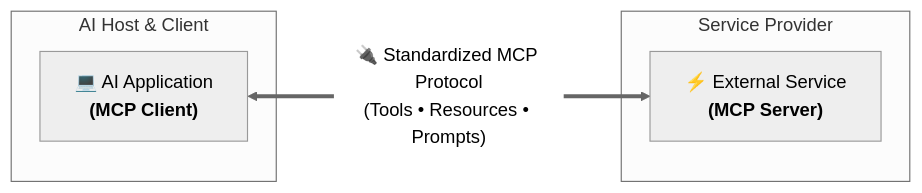
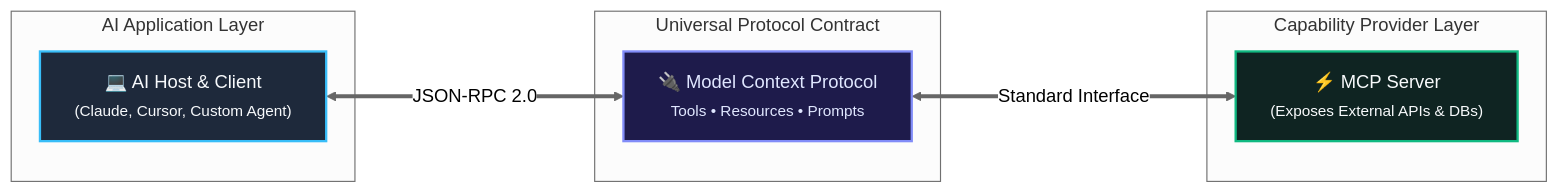
The second of 6 diagrams in content/blog/what_is_mcp_and_why_do_we_need_it.mdx (Magnificent-steiner0/Magnificent-steiner0.github.io), drawn with Mermaid (neutral theme) before and after one commit. The commit also changed other lines of this file and 5 other files, not shown here.

````diff
--- a/content/blog/what_is_mcp_and_why_do_we_need_it.mdx
+++ b/content/blog/what_is_mcp_and_why_do_we_need_it.mdx
@@ -100,12 +103,21 @@
 ```mermaid
 flowchart LR
-    subgraph ClientHost ["AI Host & Client"]
-        Client["💻 AI Application<br/><b>(MCP Client)</b>"]
+    classDef client fill:#1e293b,stroke:#38bdf8,stroke-width:2px,color:#f8fafc
+    classDef protocol fill:#1e1b4b,stroke:#818cf8,stroke-width:2px,color:#e0e7ff
+    classDef server fill:#0f2422,stroke:#10b981,stroke-width:2px,color:#f8fafc
+
+    subgraph HostSide ["AI Application Layer"]
+        Client["💻 AI Host & Client<br/><small>(Claude, Cursor, Custom Agent)</small>"]:::client
     end
 
-    subgraph ServerSide ["Service Provider"]
-        Server["⚡ External Service<br/><b>(MCP Server)</b>"]
+    subgraph StandardLayer ["Universal Protocol Contract"]
+        Protocol["🔌 Model Context Protocol<br/><small>Tools • Resources • Prompts</small>"]:::protocol
     end
 
-    Client <===>|"🔌 Standardized MCP Protocol<br/>(Tools • Resources • Prompts)"| Server
+    subgraph ServiceSide ["Capability Provider Layer"]
+        Server["⚡ MCP Server<br/><small>(Exposes External APIs & DBs)</small>"]:::server
+    end
+
+    Client <===>|"JSON-RPC 2.0"| Protocol
+    Protocol <===>|"Standard Interface"| Server
 ```
````
